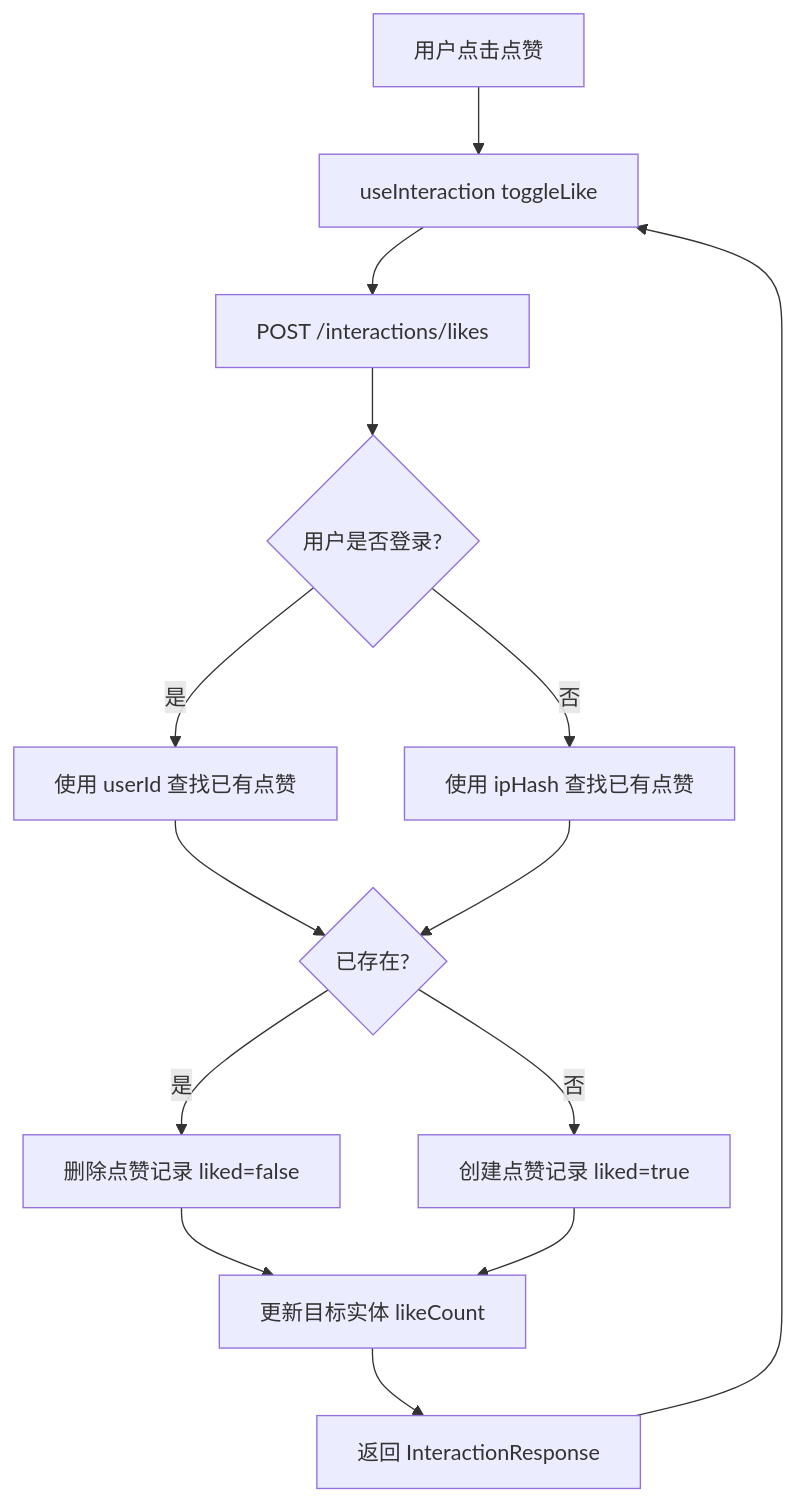
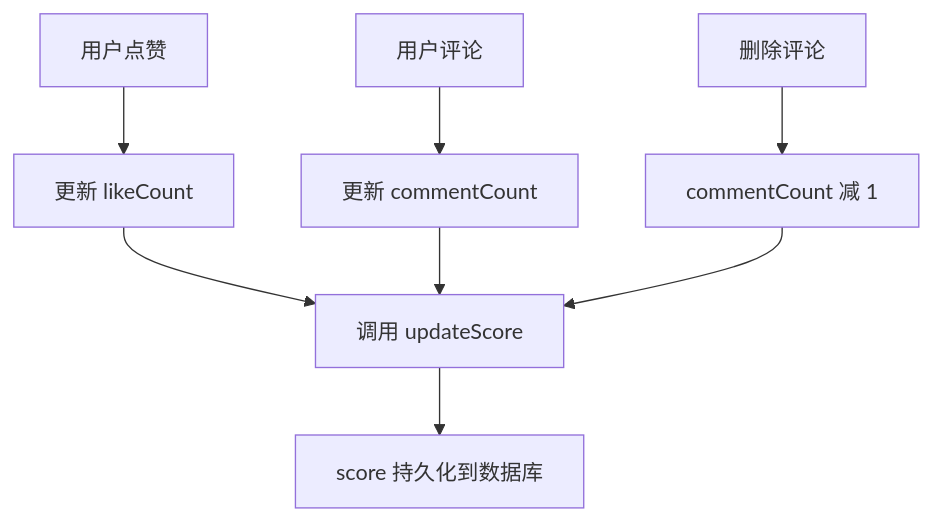
Before and after one commit to mambo-wang/CodingHub: the fifth of 5 diagrams in docs/统一互动.md, drawn with Mermaid. The commit also changed other lines of this file and 19 other files, not shown here.

````diff
--- a/docs/统一互动.md
+++ b/docs/统一互动.md
@@ -412,16 +283,10 @@
 ```mermaid
 graph TD
-    A[用户点击点赞] --> B[useInteraction toggleLike]
-    B --> C[POST /interactions/likes]
-    C --> D{用户是否登录?}
-    D -->|是| E[使用 userId 查找已有点赞]
-    D -->|否| F[使用 ipHash 查找已有点赞]
-    E --> G{已存在?}
-    F --> G
-    G -->|是| H[删除点赞记录 liked=false]
-    G -->|否| I[创建点赞记录 liked=true]
-    H --> J[更新目标实体 likeCount]
-    I --> J
-    J --> K[返回 InteractionResponse]
-    K --> B
+    A[用户点赞] --> B[更新 likeCount]
+    B --> C[调用 updateScore]
+    D[用户评论] --> E[更新 commentCount]
+    E --> C
+    F[删除评论] --> G[commentCount 减 1]
+    G --> C
+    C --> H[score 持久化到数据库]
 ```
````
